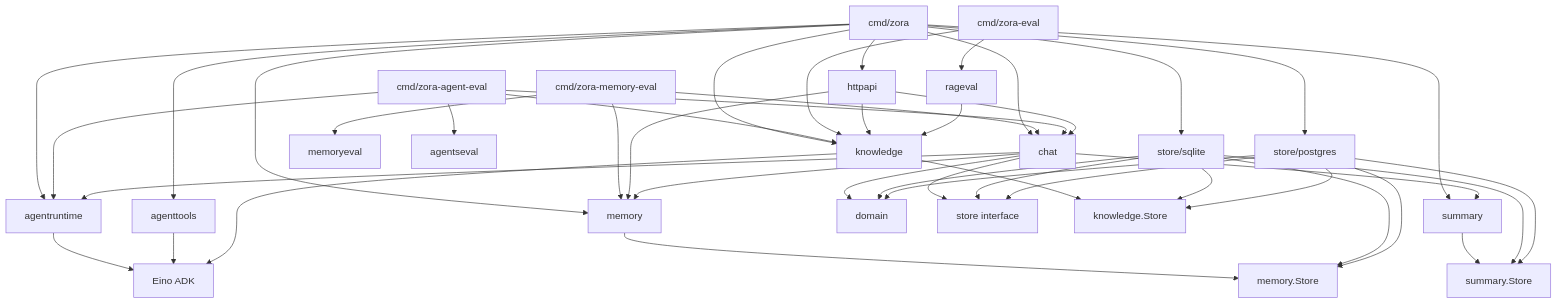
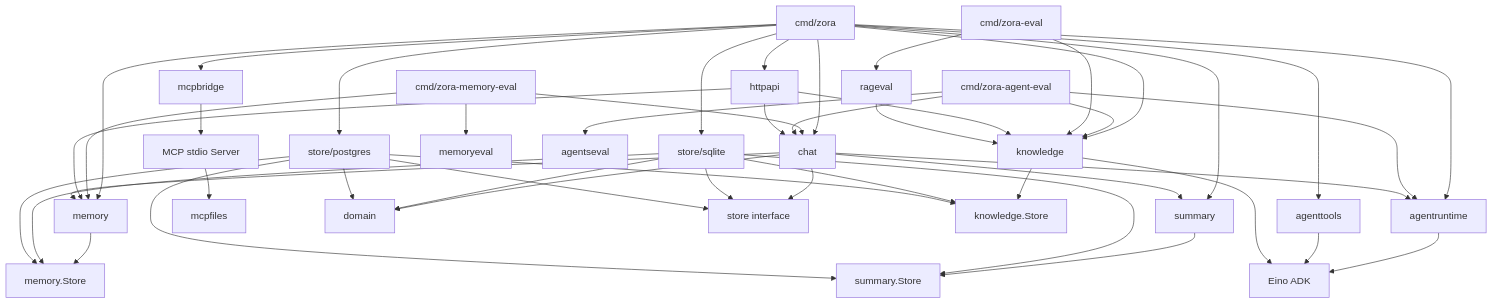
The first of 8 diagrams in docs/technical-design.md (zora-DD/zora), drawn with Mermaid before and after one commit. The commit also changed other lines of this file and 23 other files, not shown here.

````diff
--- a/docs/technical-design.md
+++ b/docs/technical-design.md
@@ -58,46 +62,49 @@
 ```mermaid
 flowchart TD
     Main["cmd/zora"] --> HTTP["httpapi"]
     Main --> Chat["chat"]
     Main --> Runtime["agentruntime"]
     Main --> SQLite["store/sqlite"]
     Main --> Postgres["store/postgres"]
     Main --> Tools["agenttools"]
     Main --> Knowledge["knowledge"]
     Main --> Memory["memory"]
     Main --> Summary["summary"]
+    Main --> MCPBridge["mcpbridge"]
+    MCPBridge --> MCPServer["MCP stdio Server"]
+    MCPServer --> MCPFiles["mcpfiles"]
     MemoryEval["cmd/zora-memory-eval"] --> MemoryAB["memoryeval"]
     MemoryEval --> Chat
     MemoryEval --> Memory
     AgentEval["cmd/zora-agent-eval"] --> AgentsEval["agentseval"]
     AgentEval --> Chat
     AgentEval --> Runtime
     AgentEval --> Knowledge
     Eval["cmd/zora-eval"] --> RAGEval["rageval"]
     Eval --> Knowledge
     HTTP --> Chat
     HTTP --> Knowledge
     HTTP --> Memory
     Chat --> Domain["domain"]
     Chat --> Store["store interface"]
     Chat --> Runtime
     Chat --> Memory
     Chat --> Summary
     Runtime --> Eino["Eino ADK"]
     Tools --> Eino
     Knowledge --> Eino
     Knowledge --> KStore["knowledge.Store"]
     Memory --> MStore["memory.Store"]
     Summary --> SStore["summary.Store"]
     RAGEval --> Knowledge
     SQLite --> Store
     SQLite --> KStore
     SQLite --> MStore
     SQLite --> SStore
     SQLite --> Domain
     Postgres --> Store
     Postgres --> KStore
     Postgres --> MStore
     Postgres --> SStore
     Postgres --> Domain
 ```
````
